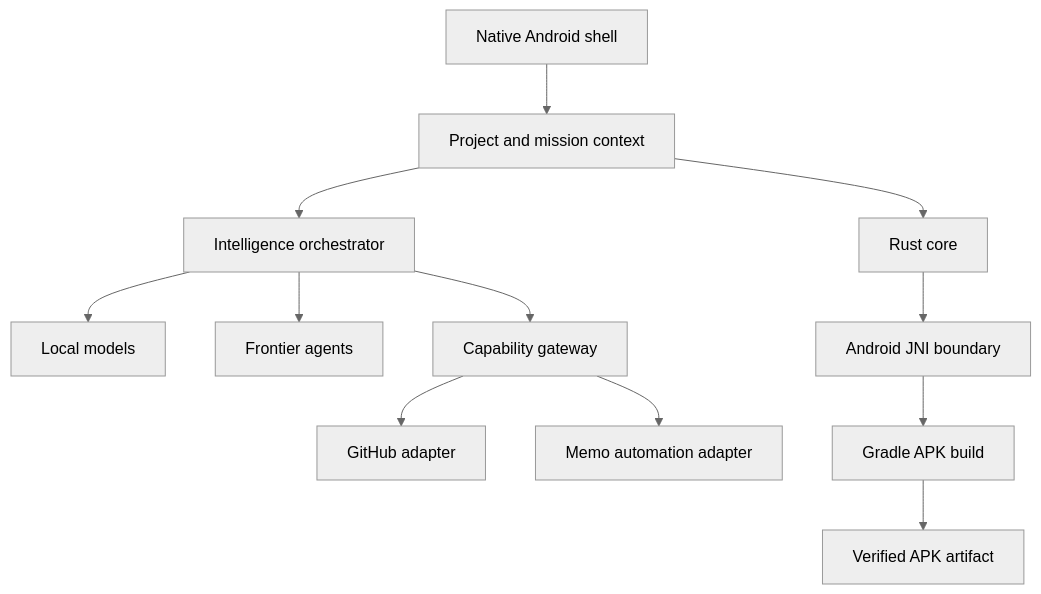
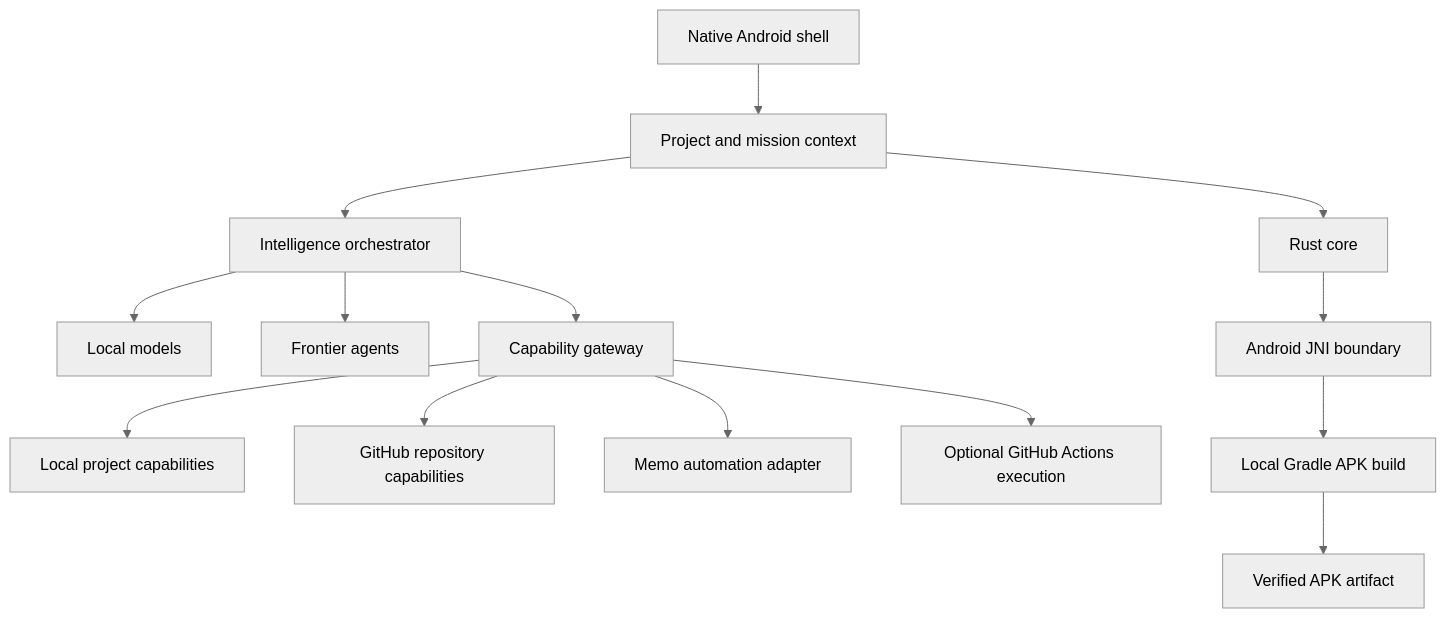
Before and after one commit to ysfclc/PocketForge: the diagram in README.md, drawn with Mermaid (neutral theme). The commit also changed other lines of this file and 41 other files, not shown here.

First line of the commit message:
Merge PocketForge factory and GitHub project foundation

````diff
--- a/README.md
+++ b/README.md
@@ -41,14 +63,16 @@
 ```mermaid
 flowchart TD
   A[Native Android shell] --> B[Project and mission context]
   B --> C[Intelligence orchestrator]
   C --> D[Local models]
   C --> E[Frontier agents]
   C --> F[Capability gateway]
-  F --> G[GitHub adapter]
-  F --> H[Memo automation adapter]
-  B --> I[Rust core]
-  I --> J[Android JNI boundary]
-  J --> K[Gradle APK build]
-  K --> L[Verified APK artifact]
+  F --> G[Local project capabilities]
+  F --> H[GitHub repository capabilities]
+  F --> I[Memo automation adapter]
+  B --> J[Rust core]
+  J --> K[Android JNI boundary]
+  K --> L[Local Gradle APK build]
+  L --> M[Verified APK artifact]
+  F --> N[Optional GitHub Actions execution]
 ```
````
